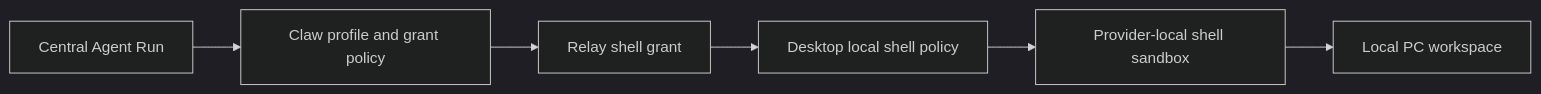
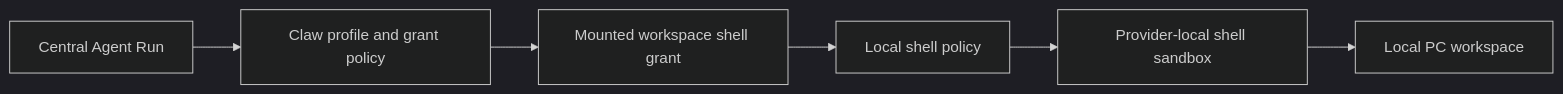
Before and after one commit to Alexsu26/ya-mono: the fifth of 5 diagrams in packages/ya-claw/spec/12-shell-sandbox.md, drawn with Mermaid (dark theme). The commit also changed other lines of this file and 26 other files, not shown here.

````diff
--- a/packages/ya-claw/spec/12-shell-sandbox.md
+++ b/packages/ya-claw/spec/12-shell-sandbox.md
@@ -522,8 +522,8 @@
 ```mermaid
 flowchart LR
     Agent[Central Agent Run] --> ClawPolicy[Claw profile and grant policy]
-    ClawPolicy --> RelayGrant[Relay shell grant]
-    RelayGrant --> DesktopPolicy[Desktop local shell policy]
-    DesktopPolicy --> LocalSandbox[Provider-local shell sandbox]
+    ClawPolicy --> MountGrant[Mounted workspace shell grant]
+    MountGrant --> LocalPolicy[Local shell policy]
+    LocalPolicy --> LocalSandbox[Provider-local shell sandbox]
     LocalSandbox --> Host[Local PC workspace]
 ```
````
